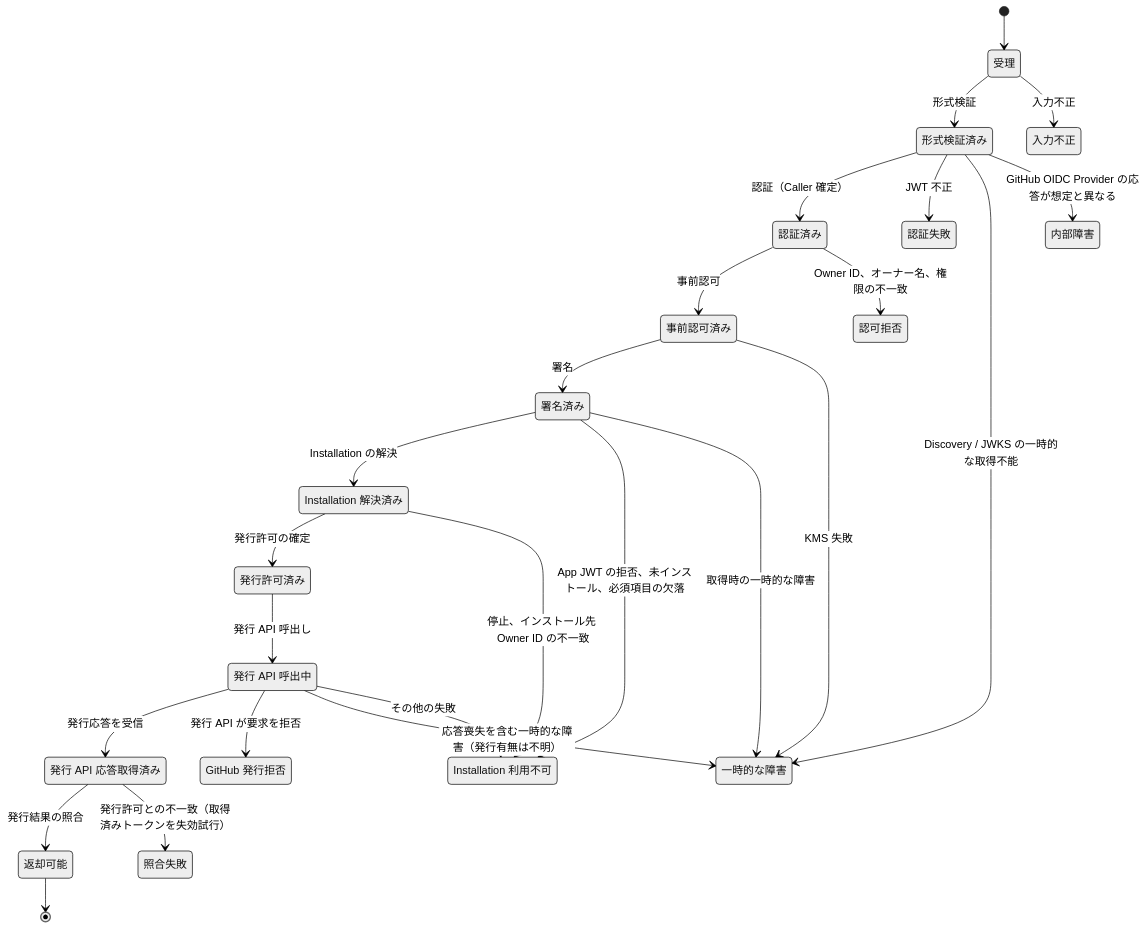
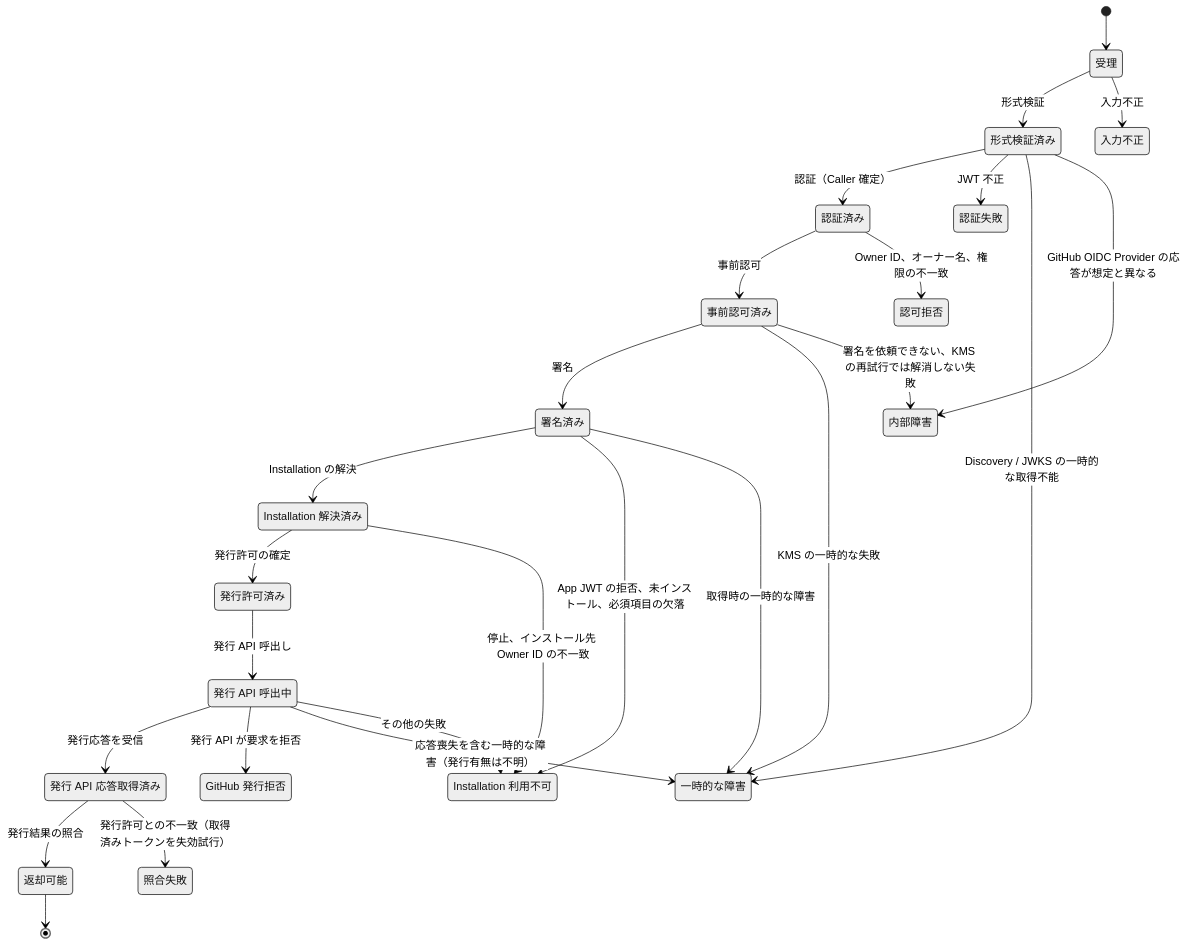
One commit to tmknom/gates changed the second of 3 diagrams in docs/design/domain.md. Above: the diagram before and after it, drawn with Mermaid (neutral theme). The commit also changed other lines of this file and 5 other files, not shown here.

````diff
--- a/docs/design/domain.md
+++ b/docs/design/domain.md
@@ -308,45 +310,46 @@
 ```mermaid
 stateDiagram-v2
   state "受理" as received
   state "形式検証済み" as validated
   state "認証済み" as authenticated
   state "事前認可済み" as preauthorized
   state "署名済み" as signed
   state "Installation 解決済み" as resolved
   state "発行許可済み" as granted
   state "発行 API 応答取得済み" as issue_responded
   state "発行 API 呼出中" as issue_requested
   state "返却可能" as returnable
   state "入力不正" as rej_request
   state "認証失敗" as rej_auth
   state "認可拒否" as rej_authz
   state "Installation 利用不可" as rej_installation
   state "GitHub 発行拒否" as rej_issue
   state "照合失敗" as rej_verify
   state "一時的な障害" as rej_transient
   state "内部障害" as rej_internal
   [*] --> received
   received --> validated : 形式検証
   received --> rej_request : 入力不正
   validated --> authenticated : 認証（Caller 確定）
   validated --> rej_auth : JWT 不正
   validated --> rej_transient : Discovery / JWKS の一時的な取得不能
   validated --> rej_internal : GitHub OIDC Provider の応答が想定と異なる
   authenticated --> preauthorized : 事前認可
   authenticated --> rej_authz : Owner ID、オーナー名、権限の不一致
   preauthorized --> signed : 署名
-  preauthorized --> rej_transient : KMS 失敗
+  preauthorized --> rej_transient : KMS の一時的な失敗
+  preauthorized --> rej_internal : 署名を依頼できない、KMS の再試行では解消しない失敗
   signed --> resolved : Installation の解決
   signed --> rej_installation : App JWT の拒否、未インストール、必須項目の欠落
   signed --> rej_transient : 取得時の一時的な障害
   resolved --> granted : 発行許可の確定
   resolved --> rej_installation : 停止、インストール先 Owner ID の不一致
   granted --> issue_requested : 発行 API 呼出し
   issue_requested --> issue_responded : 発行応答を受信
   issue_requested --> rej_issue : 発行 API が要求を拒否
   issue_requested --> rej_transient : 応答喪失を含む一時的な障害（発行有無は不明）
   issue_requested --> rej_installation : その他の失敗
   issue_responded --> returnable : 発行結果の照合
   issue_responded --> rej_verify : 発行許可との不一致（取得済みトークンを失効試行）
   returnable --> [*]
 ```
````
